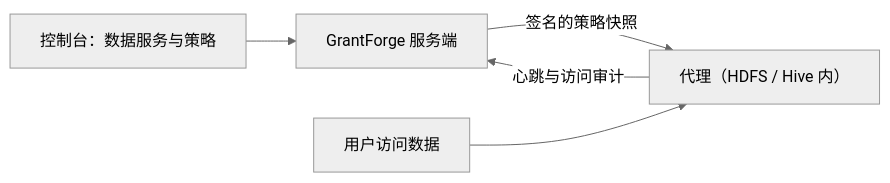
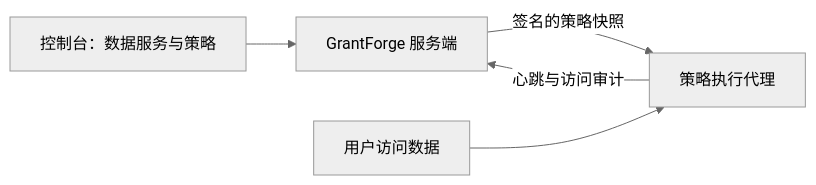
The diagram in docs/content/zh/external/data-services.md (devlive-community/grantforge), drawn with Mermaid (neutral theme) before and after one commit. The commit also changed other lines of this file and 45 other files, not shown here.

````diff
--- a/docs/content/zh/external/data-services.md
+++ b/docs/content/zh/external/data-services.md
@@ -17,7 +17,7 @@
 ```mermaid
 flowchart LR
-  C[控制台：数据服务与策略] --> S[GrantForge 服务端]
-  S -->|签名的策略快照| A[代理（HDFS / Hive 内）]
+  C["控制台：数据服务与策略"] --> S["GrantForge 服务端"]
+  S -->|签名的策略快照| A["策略执行代理"]
   A -->|心跳与访问审计| S
-  U[用户访问数据] --> A
+  U["用户访问数据"] --> A
 ```
````
